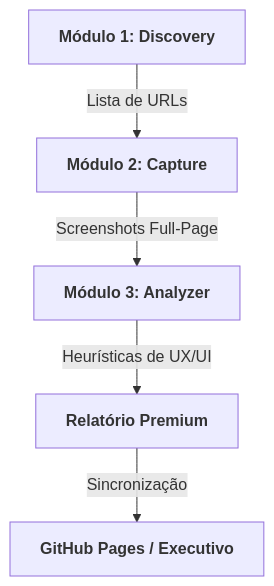
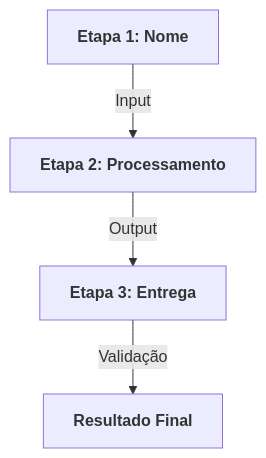
The diagram in README.md (willerjhonas/CRO-Master-Pro-v2.0), drawn with Mermaid before and after one commit. The commit also changed other lines of this file and 1 other file, not shown here.

````diff
--- a/README.md
+++ b/README.md
@@ -13,7 +13,6 @@
 ```mermaid
 graph TD
-    A[<b>Módulo 1: Discovery</b>] -->|Lista de URLs| B[<b>Módulo 2: Capture</b>]
-    B -->|Screenshots Full-Page| C[<b>Módulo 3: Analyzer</b>]
-    C -->|Heurísticas de UX/UI| D[<b>Relatório Premium</b>]
-    D -->|Sincronização| E[<b>GitHub Pages / Executivo</b>]
+    A[<b>Etapa 1: Nome</b>] -->|Input| B[<b>Etapa 2: Processamento</b>]
+    B -->|Output| C[<b>Etapa 3: Entrega</b>]
+    C -->|Validação| D[<b>Resultado Final</b>]
 ```
````
